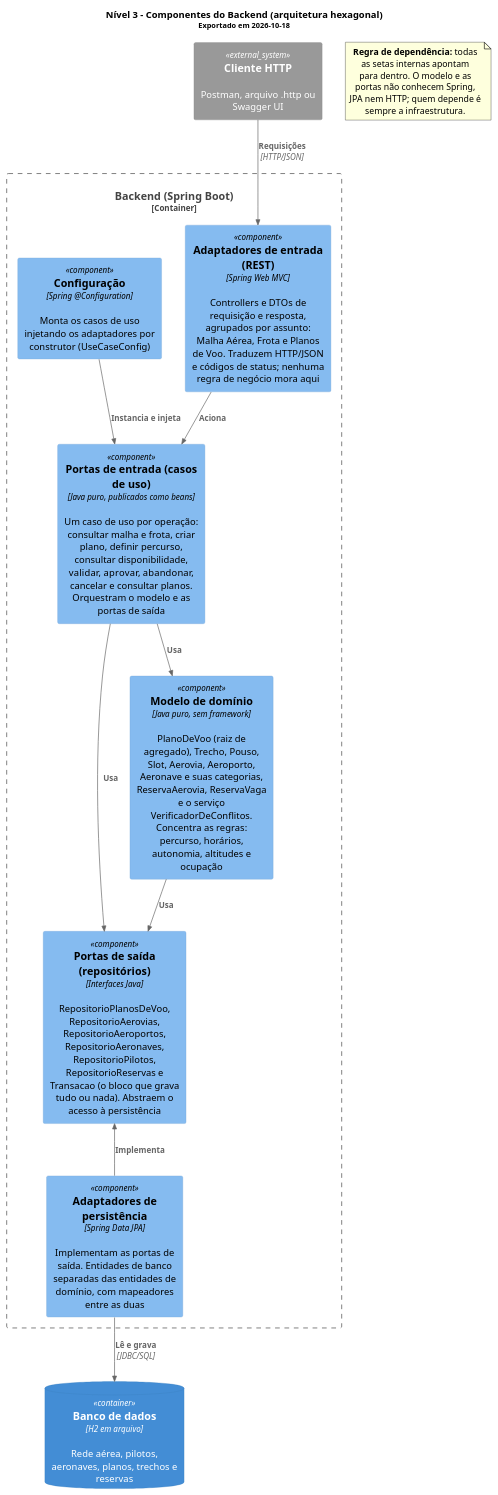
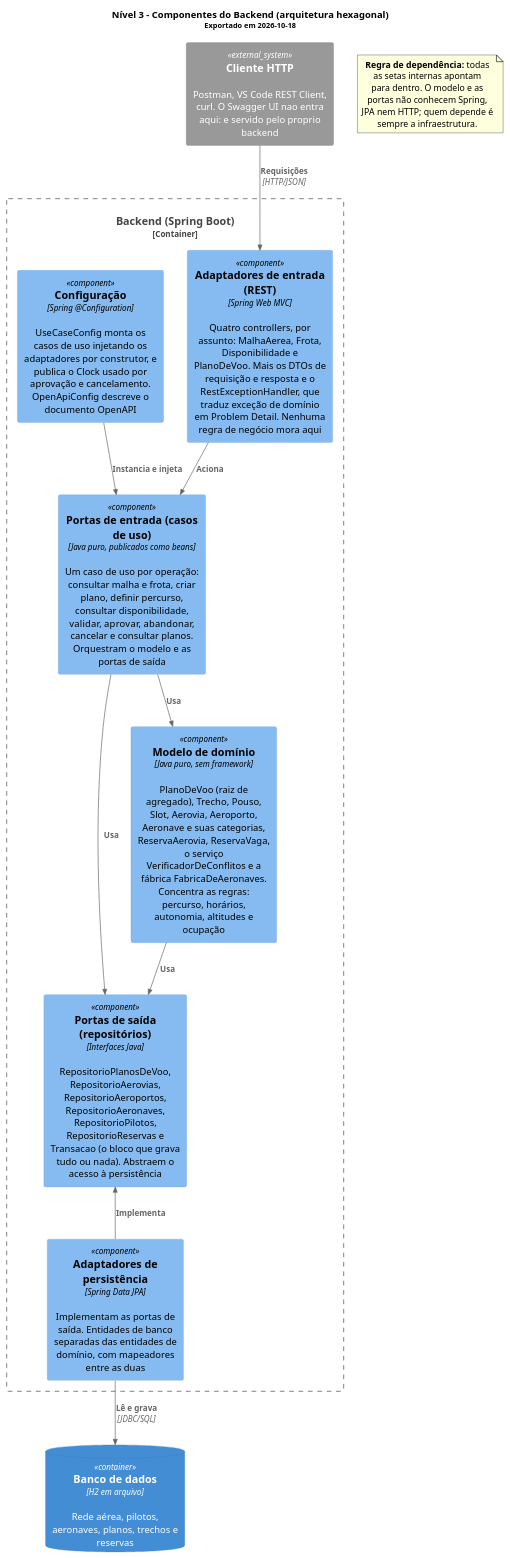
The diagram in docs/arquitetura/c4-componentes.puml (antoniocosta0/trabalho-projaq), drawn with PlantUML before and after one commit. The commit also changed 4 other files, not shown here.

First line of the commit message:
docs: sync the diagrams with the code and embed them in the readme

```diff
--- a/docs/arquitetura/c4-componentes.puml
+++ b/docs/arquitetura/c4-componentes.puml
@@ -1,46 +1,46 @@
 @startuml
 ' C4 nível 3 - Componentes do backend
 ' PUCRS - Projeto e Arquitetura de Software - 2026/2 - turma 340
 ' A decomposição segue a arquitetura hexagonal (ports & adapters), que é a
 ' efetivamente implementada em backend/src/main/java/com/pucrs/planosdevoo/.
 !include <C4/C4_Component>
 
 title
   Nível 3 - Componentes do Backend (arquitetura hexagonal)
   <size:11>Exportado em 2026-10-18</size>
 end title
 
-System_Ext(cliente, "Cliente HTTP", "Postman, arquivo .http ou Swagger UI")
+System_Ext(cliente, "Cliente HTTP", "Postman, VS Code REST Client, curl. O Swagger UI nao entra aqui: e servido pelo proprio backend")
 ContainerDb(banco, "Banco de dados", "H2 em arquivo", "Rede aérea, pilotos, aeronaves, planos, trechos e reservas")
 
 Container_Boundary(api, "Backend (Spring Boot)") {
 
-  Component(adaptadores_entrada, "Adaptadores de entrada (REST)", "Spring Web MVC", "Controllers e DTOs de requisição e resposta, agrupados por assunto: Malha Aérea, Frota e Planos de Voo. Traduzem HTTP/JSON e códigos de status; nenhuma regra de negócio mora aqui")
+  Component(adaptadores_entrada, "Adaptadores de entrada (REST)", "Spring Web MVC", "Quatro controllers, por assunto: MalhaAerea, Frota, Disponibilidade e PlanoDeVoo. Mais os DTOs de requisição e resposta e o RestExceptionHandler, que traduz exceção de domínio em Problem Detail. Nenhuma regra de negócio mora aqui")
 
   Component(portas_entrada, "Portas de entrada (casos de uso)", "Java puro, publicados como beans", "Um caso de uso por operação: consultar malha e frota, criar plano, definir percurso, consultar disponibilidade, validar, aprovar, abandonar, cancelar e consultar planos. Orquestram o modelo e as portas de saída")
 
-  Component(modelo, "Modelo de domínio", "Java puro, sem framework", "PlanoDeVoo (raiz de agregado), Trecho, Pouso, Slot, Aerovia, Aeroporto, Aeronave e suas categorias, ReservaAerovia, ReservaVaga e o serviço VerificadorDeConflitos. Concentra as regras: percurso, horários, autonomia, altitudes e ocupação")
+  Component(modelo, "Modelo de domínio", "Java puro, sem framework", "PlanoDeVoo (raiz de agregado), Trecho, Pouso, Slot, Aerovia, Aeroporto, Aeronave e suas categorias, ReservaAerovia, ReservaVaga, o serviço VerificadorDeConflitos e a fábrica FabricaDeAeronaves. Concentra as regras: percurso, horários, autonomia, altitudes e ocupação")
 
   Component(portas_saida, "Portas de saída (repositórios)", "Interfaces Java", "RepositorioPlanosDeVoo, RepositorioAerovias, RepositorioAeroportos, RepositorioAeronaves, RepositorioPilotos, RepositorioReservas e Transacao (o bloco que grava tudo ou nada). Abstraem o acesso à persistência")
 
   Component(adaptadores_saida, "Adaptadores de persistência", "Spring Data JPA", "Implementam as portas de saída. Entidades de banco separadas das entidades de domínio, com mapeadores entre as duas")
 
-  Component(config, "Configuração", "Spring @Configuration", "Monta os casos de uso injetando os adaptadores por construtor (UseCaseConfig)")
+  Component(config, "Configuração", "Spring @Configuration", "UseCaseConfig monta os casos de uso injetando os adaptadores por construtor, e publica o Clock usado por aprovação e cancelamento. OpenApiConfig descreve o documento OpenAPI")
 }
 
 Rel(cliente, adaptadores_entrada, "Requisições", "HTTP/JSON")
 Rel(adaptadores_entrada, portas_entrada, "Aciona")
 Rel(portas_entrada, modelo, "Usa")
 Rel(portas_entrada, portas_saida, "Usa")
 Rel(modelo, portas_saida, "Usa")
 Rel_U(adaptadores_saida, portas_saida, "Implementa")
 Rel(config, portas_entrada, "Instancia e injeta")
 Rel(adaptadores_saida, banco, "Lê e grava", "JDBC/SQL")
 
 note as regra_dependencia
   **Regra de dependência:** todas as setas internas apontam
   para dentro. O modelo e as portas não conhecem Spring,
   JPA nem HTTP; quem depende é sempre a infraestrutura.
 end note
 
 @enduml
```
